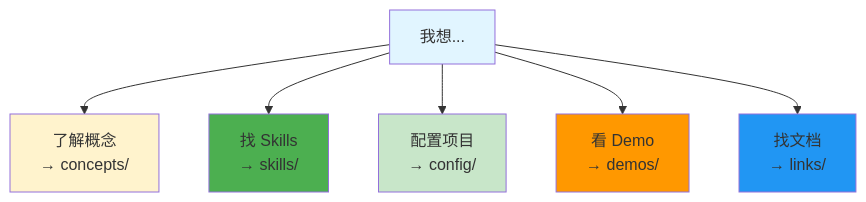
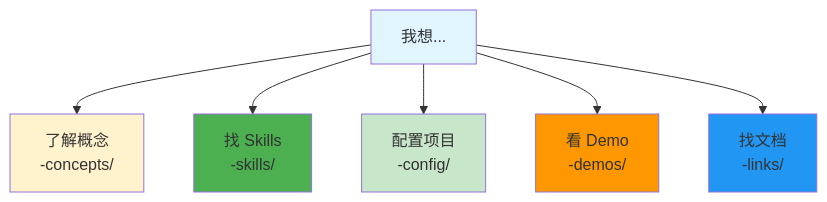
Before and after one commit to Jasper-Wynn/agent-doc: the first of 6 diagrams in README.md, drawn with Mermaid. The commit also changed 16 other files, not shown here.

First line of the commit message:
fix: repair mermaid diagram rendering issues

````diff
--- a/README.md
+++ b/README.md
@@ -9,15 +9,15 @@
 ```mermaid
 flowchart TD
-    A[我想...] --> B[了解概念<br/>→ concepts/]
-    A --> C[找 Skills<br/>→ skills/]
-    A --> D[配置项目<br/>→ config/]
-    A --> E[看 Demo<br/>→ demos/]
-    A --> F[找文档<br/>→ links/]
+    A[我想...] --> B[了解概念<br/>-concepts/]
+    A --> C[找 Skills<br/>-skills/]
+    A --> D[配置项目<br/>-config/]
+    A --> E[看 Demo<br/>-demos/]
+    A --> F[找文档<br/>-links/]
 
     style A fill:#e1f5ff
     style B fill:#fff3cd
     style C fill:#4caf50
     style D fill:#c8e6c9
     style E fill:#ff9800
     style F fill:#2196f3
 ```
````
